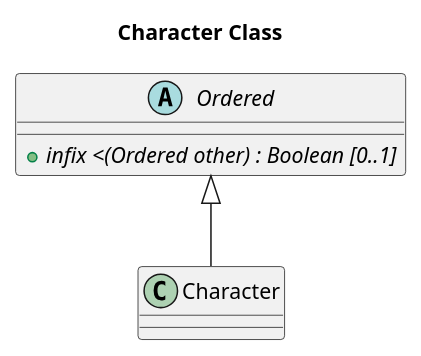
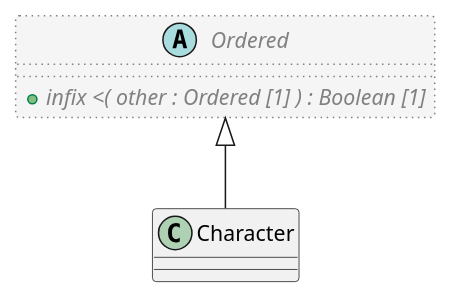
Before and after one commit to sebastian-iancu/code-generator: the diagram in code/PlantUML/openehr_base_1.0.4/org/openehr/base/foundation_types/primitive_types/Character.puml, drawn with PlantUML. The commit also changed 1618 other files, not shown here.

```diff
--- a/code/PlantUML/openehr_base_1.0.4/org/openehr/base/foundation_types/primitive_types/Character.puml
+++ b/code/PlantUML/openehr_base_1.0.4/org/openehr/base/foundation_types/primitive_types/Character.puml
@@ -1,15 +1,13 @@
 @startuml
-' PlantUML diagram for org.openehr.base.foundation_types.primitive_types.Character
-title Character Class
 
 class Character {
 }
 
-abstract class Ordered {
-  + {abstract} infix <(Ordered other) : Boolean [0..1]
+abstract class Ordered  #whitesmoke;line:gray;line.dotted;text:gray {
+  + {abstract} infix <( other : Ordered [1] ) : Boolean [1]
 }
 
 Ordered <|-- Character
 
 
 @enduml
```
